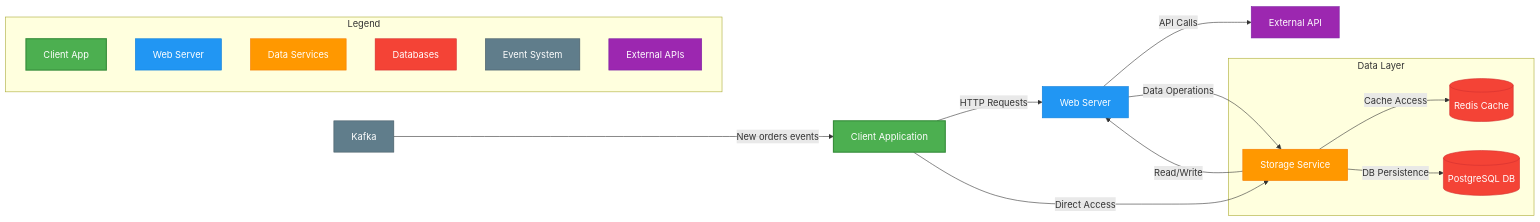
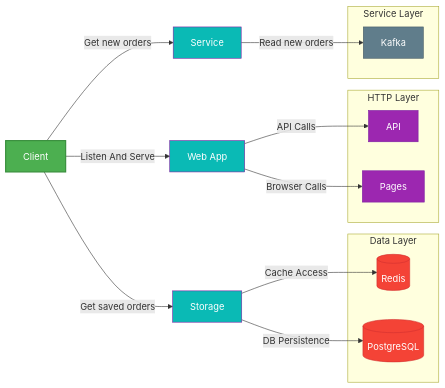
Before and after one commit to customlover4/wb-l0: the first of 2 diagrams in README.md, drawn with Mermaid.

````diff
--- a/README.md
+++ b/README.md
@@ -9,48 +9,48 @@
 ```mermaid
 graph LR
     %% Стили узлов
     classDef app fill:#4CAF50,stroke:#388E3C,color:white,stroke-width:2px
     classDef server fill:#2196F3,stroke:#0b7dda,color:white
     classDef storage fill:#FF9800,stroke:#F57C00,color:white
     classDef queue fill:#607D8B,stroke:#455A64,color:white
     classDef db fill:#f44336,stroke:#d32f2f,color:white
     classDef api fill:#9C27B0,stroke:#7B1FA2,color:white
+    classDef internal fill:#0ABAB5,stroke:#7B1FA2,color:white
     
     %% Узлы
-    A[Client Application]:::app
-    B[Web Server]:::server
-    C[Storage Service]:::storage
-    Q[External API]:::api
+    A[Client]:::app
+    B[Web App]:::internal
+    C[Storage]:::internal
+    L[Service]:::internal
+    Q[API]:::api
+    W[Pages]:::api
     G[Kafka]:::queue
-    E[(Redis Cache)]:::db
-    F[(PostgreSQL DB)]:::db
+    E[(Redis)]:::db
+    F[(PostgreSQL)]:::db
     
  
     
     subgraph "Data Layer"
-        C
         E
         F
     end
+
+    subgraph "HTTP Layer"
+        Q
+        W
+    end
+
+    subgraph "Service Layer"
+        G
+    end
     
     %% Четкие связи с пояснениями
-    G -->|New orders events| A
-    A -->|HTTP Requests| B
+    A -->|Get new orders| L
+    L -->|Read new orders| G
+    A -->|Listen And Serve| B
     B -->|API Calls| Q
-    B -->|Data Operations| C
-    C -->|Read/Write| B
+    B -->|Browser Calls| W
     C -->|Cache Access| E
     C -->|DB Persistence| F
-    A -->|Direct Access| C
-    
-    %% Легенда
-    subgraph Legend
-        direction TB
-        L1[Client App]:::app
-        L2[Web Server]:::server
-        L3[Data Services]:::storage
-        L4[Databases]:::db
-        L5[Event System]:::queue
-        L6[External APIs]:::api
-    end
+    A -->|Get saved orders| C
 ```
````
